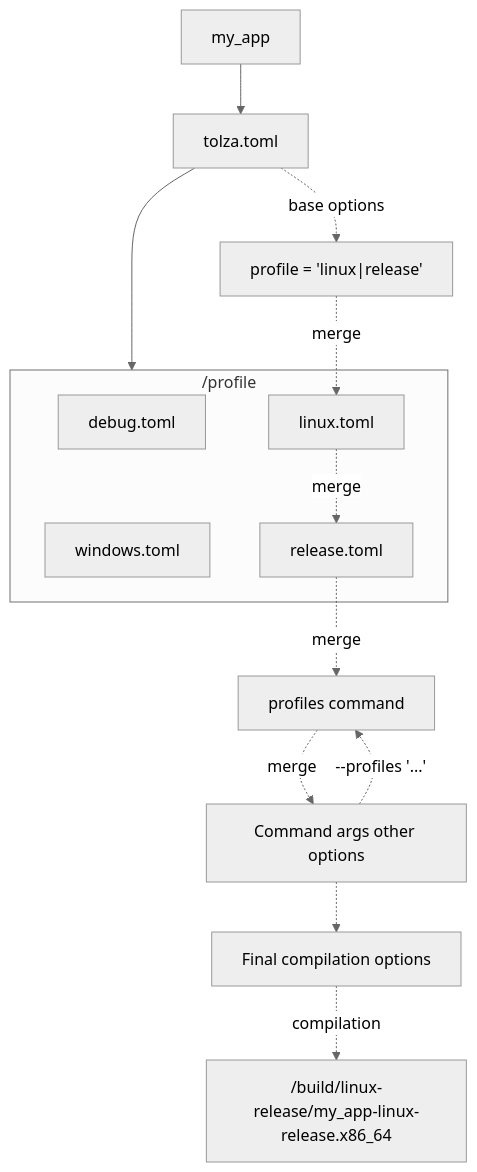
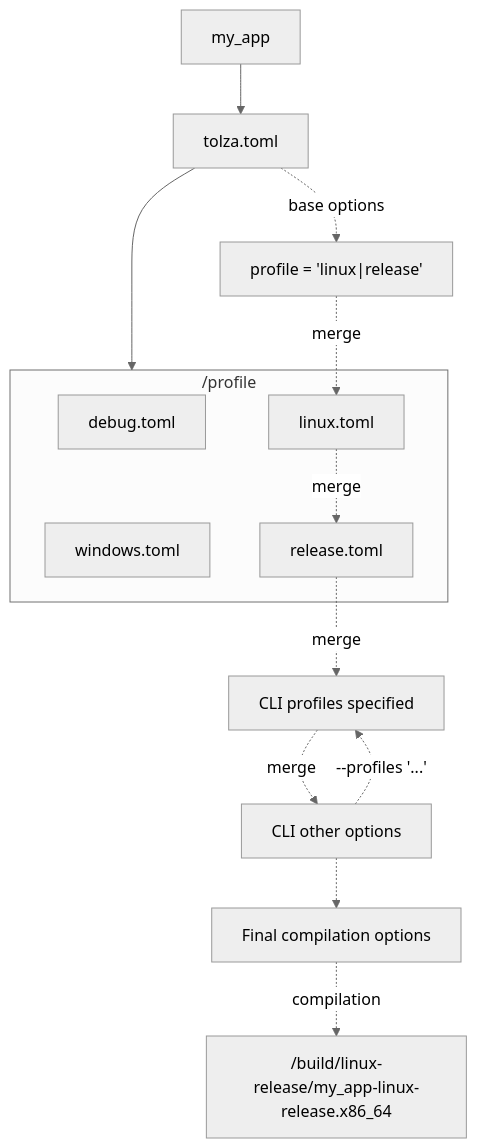
One commit to TheProgrammare/Tolza changed the diagram in docs/wiki/compiler/profile.md. Above: the diagram before and after it, drawn with Mermaid (neutral theme).

````diff
--- a/docs/wiki/compiler/profile.md
+++ b/docs/wiki/compiler/profile.md
@@ -23,21 +23,21 @@
 ```mermaid
 flowchart TD
   AA[my_app] --> A[tolza.toml]
   subgraph PROFILES["/profile"]
     C[debug.toml]
     C3[linux.toml]
     C2[windows.toml]
     C1[release.toml]
   end
   A --> PROFILES
 
   A -. base options .-> D["profile = 'linux|release'"]
   D -. merge .-> C3
   C3 -. merge .-> C1
-  C1 -. merge .-> C5[profiles command]
-  C5 -. merge .-> C4[Command args other options]
+  C1 -. merge .-> C5[CLI profiles specified]
+  C5 -. merge .-> C4[CLI other options]
   C4 .->|--profiles '...'| C5
 
   C4 .-> E[Final compilation options]
   E -. compilation .-> G["/build/linux-release/my_app-linux-release.x86_64"]
 ```
````
